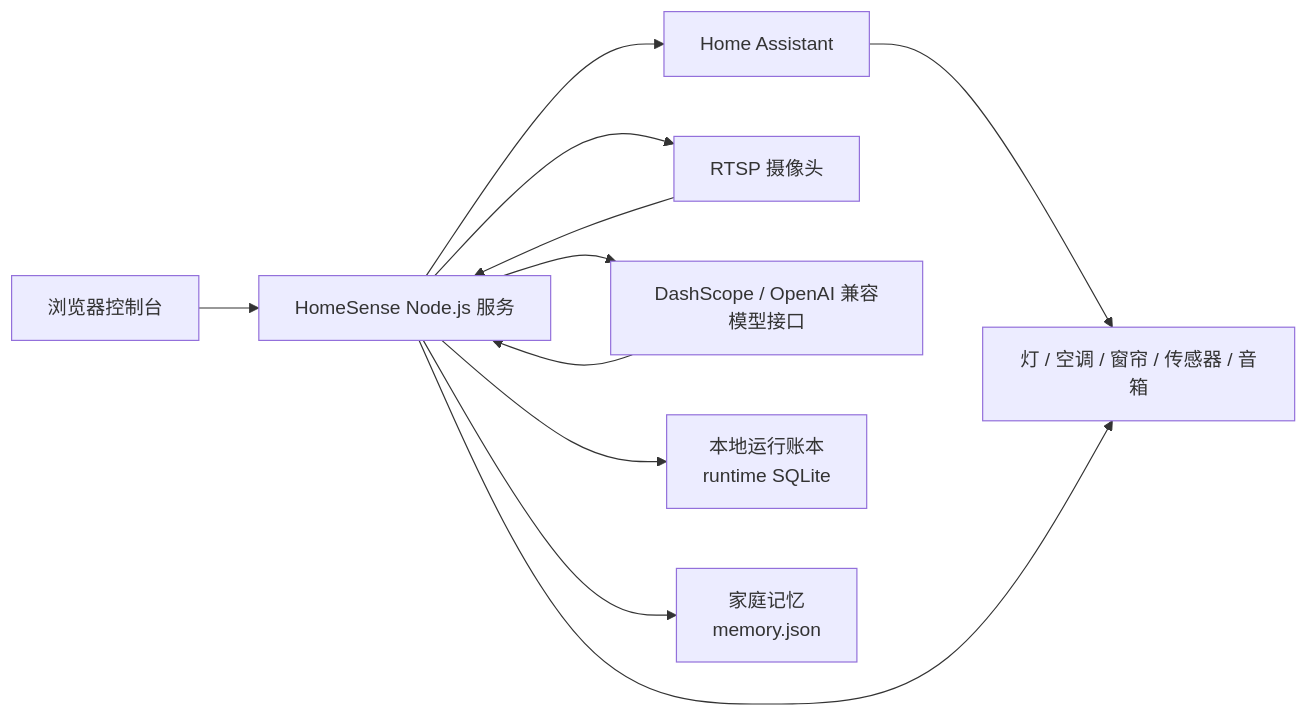
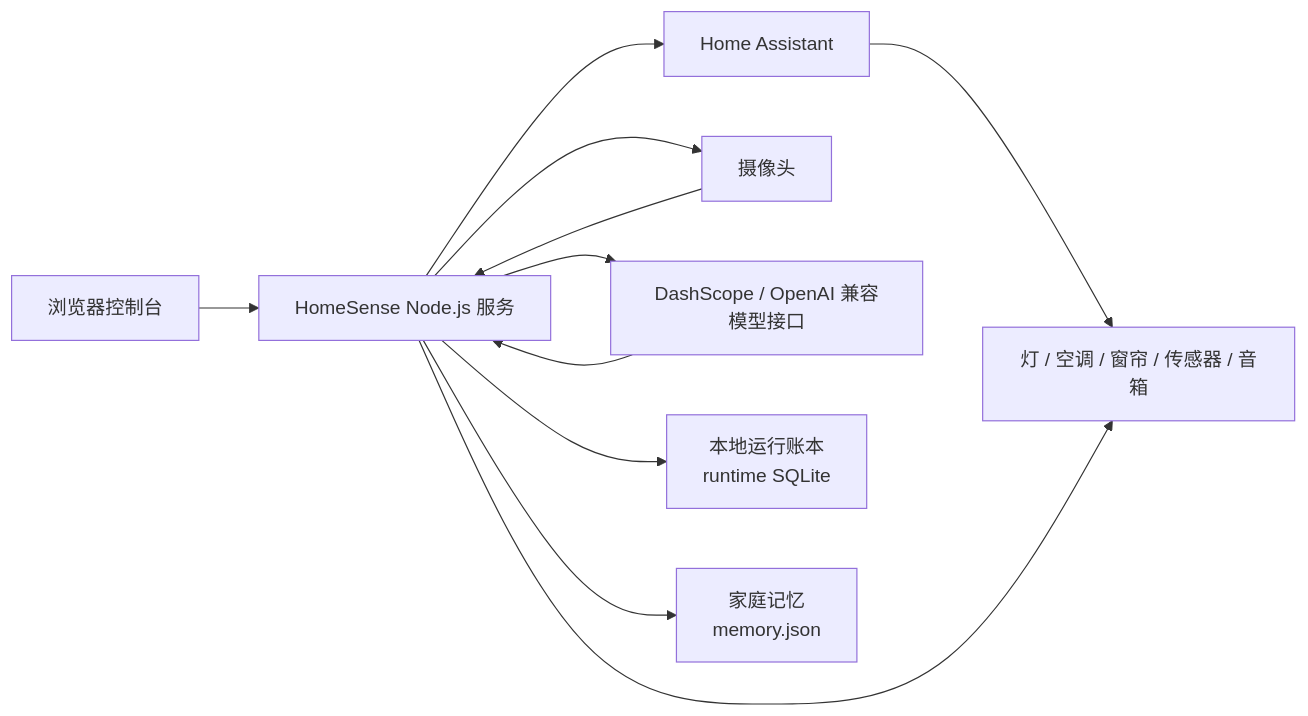
One commit to blueteenwang/smarthome changed the diagram in README.md. Above: the diagram before and after it, drawn with Mermaid. The commit also changed other lines of this file, not shown here.

````diff
--- a/README.md
+++ b/README.md
@@ -43,13 +43,13 @@
 ```mermaid
 flowchart LR
   Browser["浏览器控制台"] --> Server["HomeSense Node.js 服务"]
   Server --> HA["Home Assistant"]
-  Server --> Camera["RTSP 摄像头"]
+  Server --> Camera["摄像头"]
   Server --> LLM["DashScope / OpenAI 兼容模型接口"]
   Server --> Ledger["本地运行账本<br/>runtime SQLite"]
   Server --> Memory["家庭记忆<br/>memory.json"]
   HA --> Devices["灯 / 空调 / 窗帘 / 传感器 / 音箱"]
   Camera --> Server
   LLM --> Server
   Server --> Devices
 ```
````
